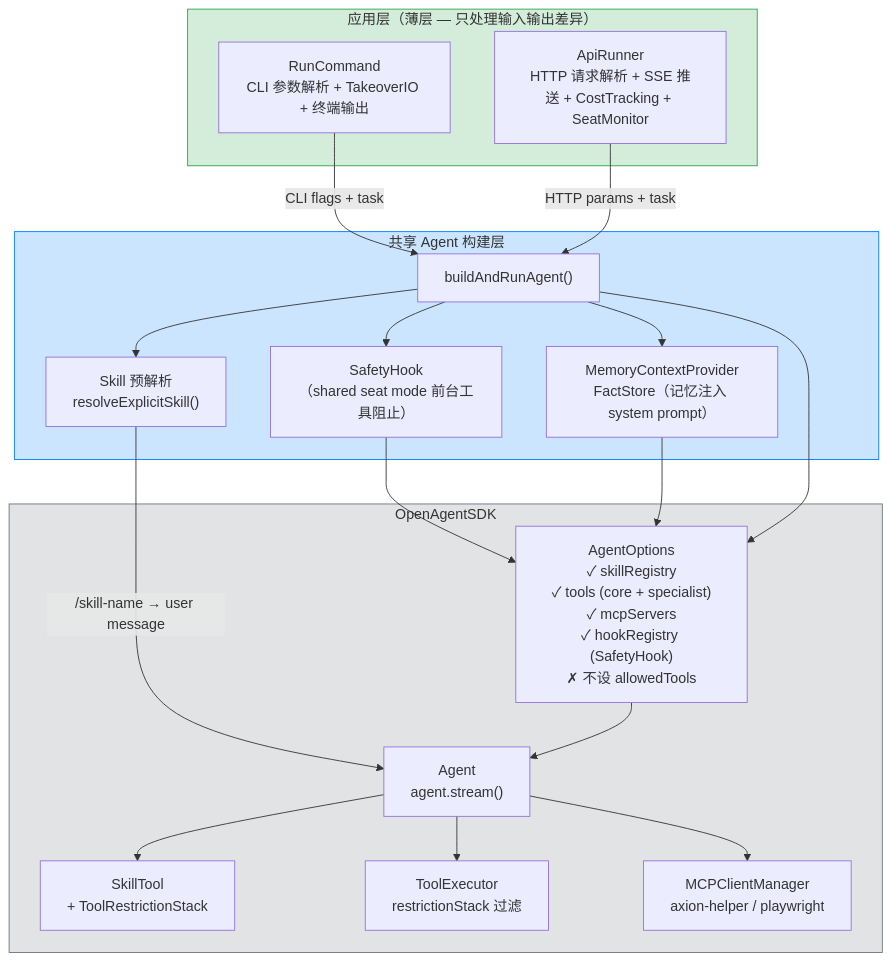
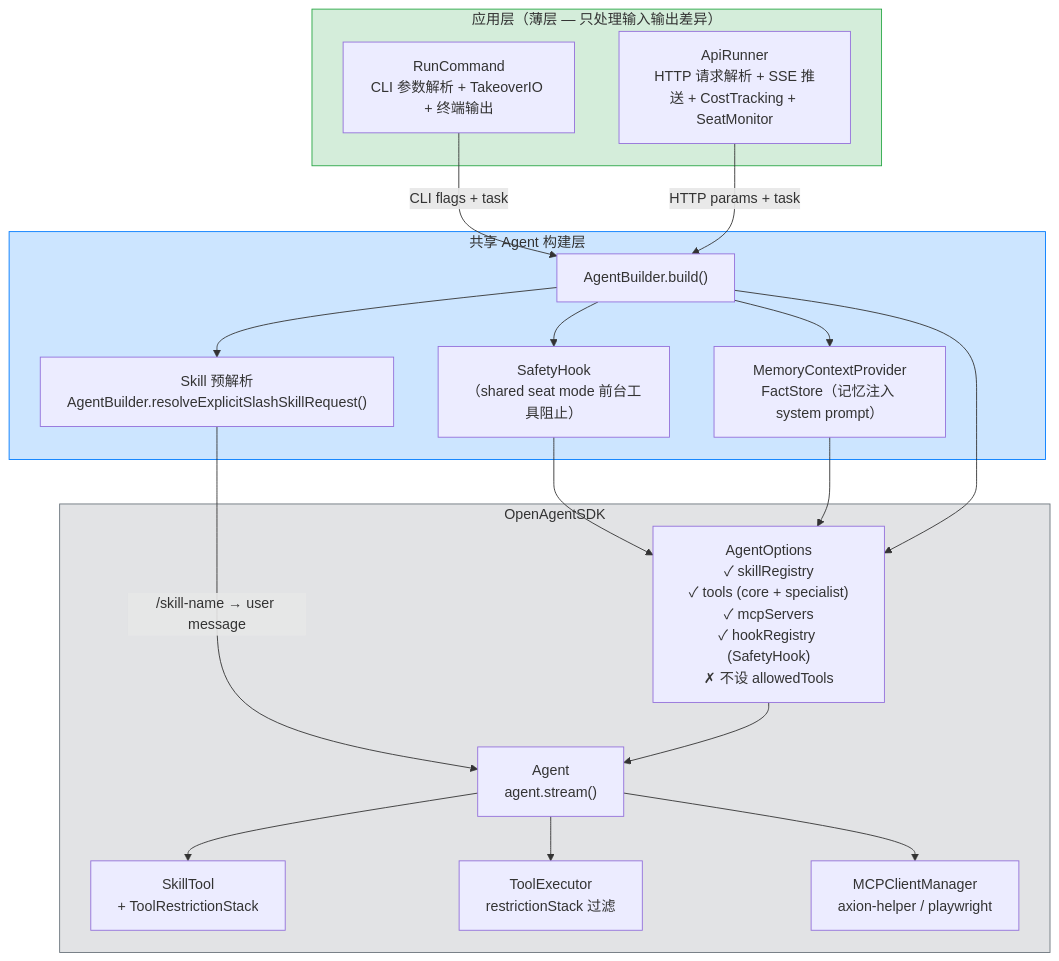
Before and after one commit to terryso/axion: the second of 2 diagrams in _bmad-output/planning-artifacts/phase6-refactor-architecture.md, drawn with Mermaid. The commit also changed other lines of this file and 5 other files, not shown here.

First line of the commit message:
chore: update sprint status — Epic 19 & 20 done, refresh architecture docs

````diff
--- a/_bmad-output/planning-artifacts/phase6-refactor-architecture.md
+++ b/_bmad-output/planning-artifacts/phase6-refactor-architecture.md
@@ -75,41 +75,41 @@
 ```mermaid
 graph TB
     subgraph 应用层["应用层（薄层 — 只处理输入输出差异）"]
         RC["RunCommand<br/>CLI 参数解析 + TakeoverIO + 终端输出"]
         APR["ApiRunner<br/>HTTP 请求解析 + SSE 推送 + CostTracking + SeatMonitor"]
     end
 
     subgraph 共享函数["共享 Agent 构建层"]
-        BAA["buildAndRunAgent()"]
-        SRS["Skill 预解析<br/>resolveExplicitSkill()"]
+        BAA["AgentBuilder.build()"]
+        SRS["Skill 预解析<br/>AgentBuilder.resolveExplicitSlashSkillRequest()"]
         HOOK["SafetyHook<br/>（shared seat mode 前台工具阻止）"]
         MEM["MemoryContextProvider<br/>FactStore（记忆注入 system prompt）"]
     end
 
     subgraph SDK["OpenAgentSDK"]
         AO["AgentOptions<br/>✓ skillRegistry<br/>✓ tools (core + specialist)<br/>✓ mcpServers<br/>✓ hookRegistry (SafetyHook)<br/>✗ 不设 allowedTools"]
         AG["Agent<br/>agent.stream()"]
         SK["SkillTool<br/>+ ToolRestrictionStack"]
         TE["ToolExecutor<br/>restrictionStack 过滤"]
         MCP["MCPClientManager<br/>axion-helper / playwright"]
     end
 
     RC -->|"CLI flags + task"| BAA
     APR -->|"HTTP params + task"| BAA
 
     BAA --> SRS
     BAA --> HOOK
     BAA --> MEM
     SRS -->|"/skill-name → user message"| AG
     HOOK --> AO
     MEM --> AO
     BAA --> AO
     AO --> AG
     AG --> SK
     AG --> TE
     AG --> MCP
 
     style 应用层 fill:#d4edda,stroke:#28a745
     style 共享函数 fill:#cce5ff,stroke:#007bff
     style SDK fill:#e2e3e5,stroke:#6c757d
 ```
````
